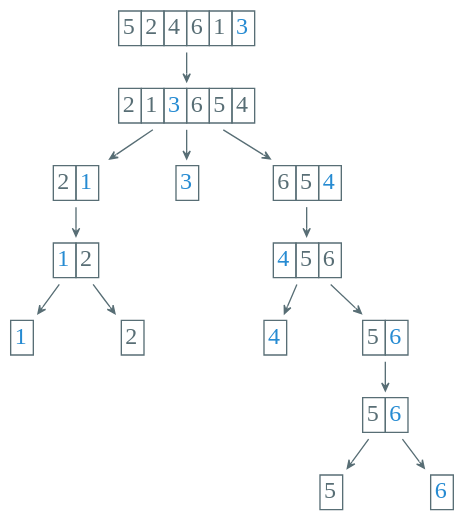
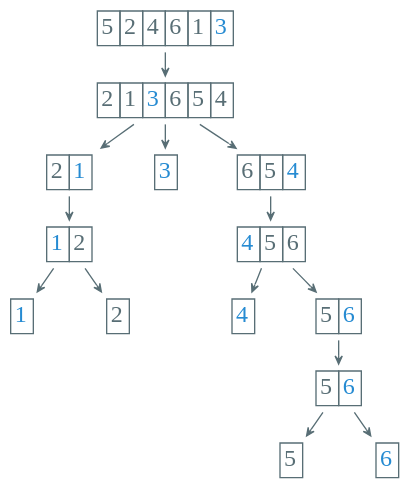
The diagram in dot/sorting/quick-sort.dot (Avanti1980/course-alg), drawn with Graphviz before and after one commit. The commit also changed 36 other files, not shown here.

```diff
--- a/dot/sorting/quick-sort.dot
+++ b/dot/sorting/quick-sort.dot
@@ -1,79 +1,79 @@
 digraph g {
     bgcolor="transparent";
-    graph [nodesep=0.4, ranksep=0.3];
+    graph [nodesep=0.25, ranksep=0.25];
     rankdir="TB";
     node [shape="none", color="#586e75", fontcolor="#586e75", fontsize=18, fontname="YsabeauText, FZFWZhuZiGuDianSLMC"];
     edge [arrowhead="vee", color="#586e75", fontcolor="#268bd2", fontsize=16, fontname="YsabeauText, FZFWZhuZiGuDianSLMC", arrowsize=0.6];
     n1 [label=<<table width="3" cellspacing="0" border="0"><tr>
         <td border="1">5</td>
         <td border="1">2</td>
         <td border="1">4</td>
         <td border="1">6</td>
         <td border="1">1</td>
         <td border="1"><font color="#268bd2">3</font></td>
         </tr></table>>];
     n2 [label=<<table cellspacing="0" border="0"><tr>
         <td border="1">2</td>
         <td border="1">1</td>
         <td border="1"><font color="#268bd2">3</font></td>
         <td border="1">6</td>
         <td border="1">5</td>
         <td border="1">4</td>
         </tr></table>>];
     n3 [label=<<table cellspacing="0" border="0"><tr>
         <td border="1">2</td>
         <td border="1"><font color="#268bd2">1</font></td>
         </tr></table>>];
     n4 [label=<<table cellspacing="0" border="0"><tr>
         <td border="1"><font color="#268bd2">3</font></td>
         </tr></table>>];
     n5 [label=<<table cellspacing="0" border="0"><tr>
         <td border="1">6</td>
         <td border="1">5</td>
         <td border="1"><font color="#268bd2">4</font></td>
         </tr></table>>];
     n1 -> n2 -> n3;
     n2 -> n4;
     n2 -> n5;
     n6 [label=<<table cellspacing="0" border="0"><tr>
         <td border="1"><font color="#268bd2">1</font></td>
         <td border="1">2</td>
         </tr></table>>];
     n7 [label=<<table cellspacing="0" border="0"><tr>
         <td border="1"><font color="#268bd2">4</font></td>
         <td border="1">5</td>
         <td border="1">6</td>
         </tr></table>>];
     n3 -> n6;
     n5 -> n7;
     n8 [label=<<table cellspacing="0" border="0"><tr>
         <td border="1"><font color="#268bd2">1</font></td>
         </tr></table>>];
     n9 [label=<<table cellspacing="0" border="0"><tr>
         <td border="1">2</td>
         </tr></table>>];
     n6 -> n8;
     n6 -> n9;
     n10 [label=<<table cellspacing="0" border="0"><tr>
         <td border="1"><font color="#268bd2">4</font></td>
         </tr></table>>];
     n11 [label=<<table cellspacing="0" border="0"><tr>
         <td border="1">5</td>
         <td border="1"><font color="#268bd2">6</font></td>
         </tr></table>>];
     n7 -> n10;
     n7 -> n11;
     n12 [label=<<table cellspacing="0" border="0"><tr>
         <td border="1">5</td>
         <td border="1"><font color="#268bd2">6</font></td>
         </tr></table>>];
     n11 -> n12;
     n13 [label=<<table cellspacing="0" border="0"><tr>
         <td border="1">5</td>
         </tr></table>>];
     n14 [label=<<table cellspacing="0" border="0"><tr>
         <td border="1"><font color="#268bd2">6</font></td>
         </tr></table>>];
     n12 -> n13;
     n12 -> n14;
 }
```
